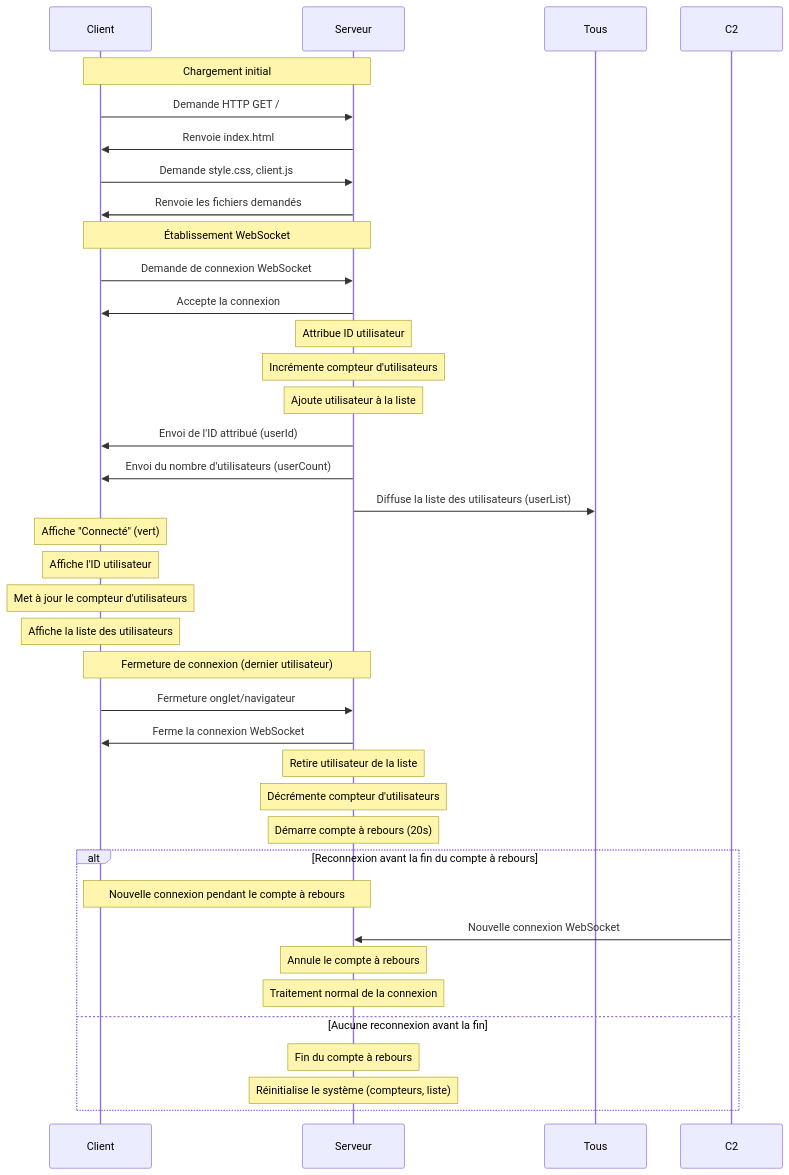
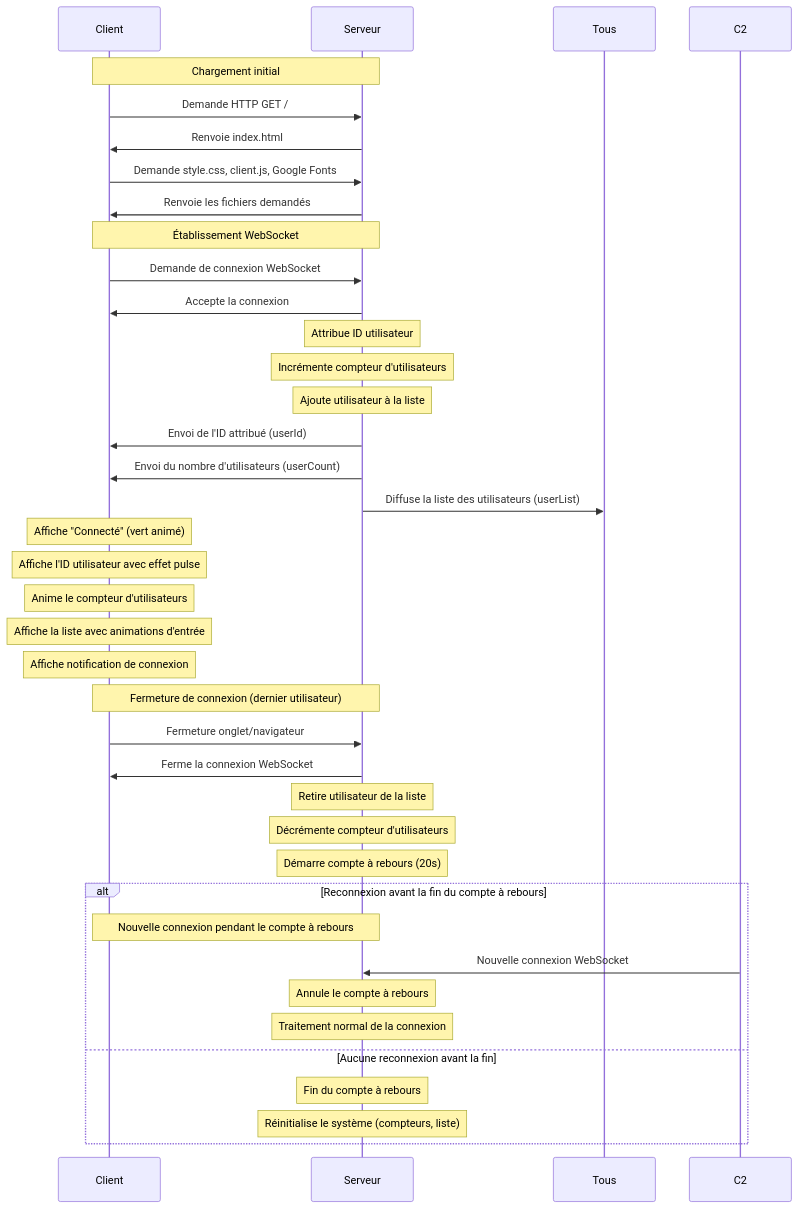
One commit to nicolasmbronner/basic-websocket-prototype changed the first of 2 diagrams in docs/technical.md. Above: the diagram before and after it, drawn with Mermaid. The commit also changed other lines of this file and 4 other files, not shown here.

````diff
--- a/docs/technical.md
+++ b/docs/technical.md
@@ -9,42 +9,43 @@
 ```mermaid
 sequenceDiagram
     participant C as Client
     participant S as Serveur
 
     Note over C,S: Chargement initial
     C->>S: Demande HTTP GET /
     S->>C: Renvoie index.html
-    C->>S: Demande style.css, client.js
+    C->>S: Demande style.css, client.js, Google Fonts
     S->>C: Renvoie les fichiers demandés
     
     Note over C,S: Établissement WebSocket
     C->>S: Demande de connexion WebSocket
     S->>C: Accepte la connexion
     Note over S: Attribue ID utilisateur
     Note over S: Incrémente compteur d'utilisateurs
     Note over S: Ajoute utilisateur à la liste
     S->>C: Envoi de l'ID attribué (userId)
     S->>C: Envoi du nombre d'utilisateurs (userCount)
     S->>Tous: Diffuse la liste des utilisateurs (userList)
-    Note over C: Affiche "Connecté" (vert)
-    Note over C: Affiche l'ID utilisateur
-    Note over C: Met à jour le compteur d'utilisateurs
-    Note over C: Affiche la liste des utilisateurs
+    Note over C: Affiche "Connecté" (vert animé)
+    Note over C: Affiche l'ID utilisateur avec effet pulse
+    Note over C: Anime le compteur d'utilisateurs
+    Note over C: Affiche la liste avec animations d'entrée
+    Note over C: Affiche notification de connexion
     
     Note over C,S: Fermeture de connexion (dernier utilisateur)
     C->>S: Fermeture onglet/navigateur
     S->>C: Ferme la connexion WebSocket
     Note over S: Retire utilisateur de la liste
     Note over S: Décrémente compteur d'utilisateurs
     Note over S: Démarre compte à rebours (20s)
     
     alt Reconnexion avant la fin du compte à rebours
         Note over C,S: Nouvelle connexion pendant le compte à rebours
         C2->>S: Nouvelle connexion WebSocket
         Note over S: Annule le compte à rebours
         Note over S: Traitement normal de la connexion
     else Aucune reconnexion avant la fin
         Note over S: Fin du compte à rebours
         Note over S: Réinitialise le système (compteurs, liste)
     end
 ```
````
